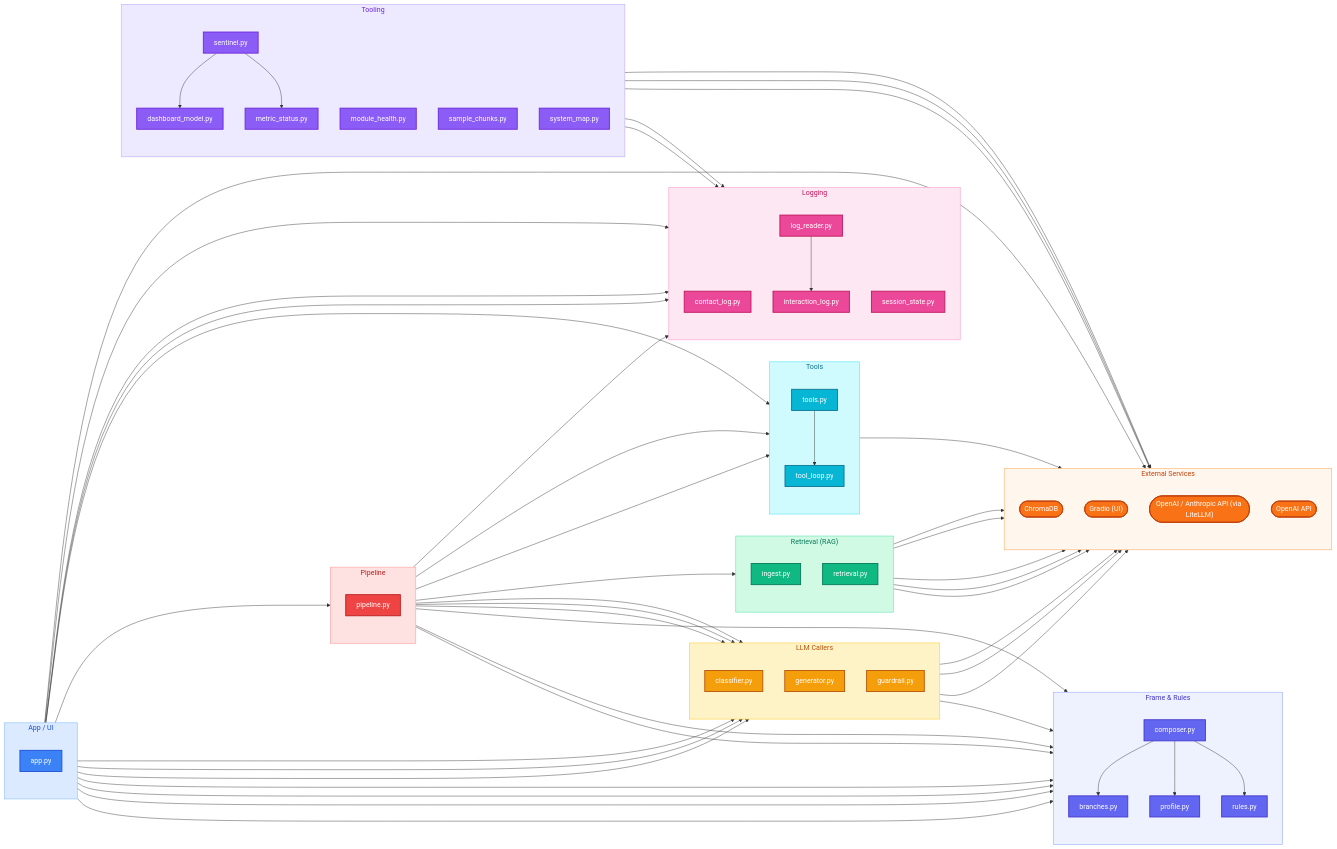
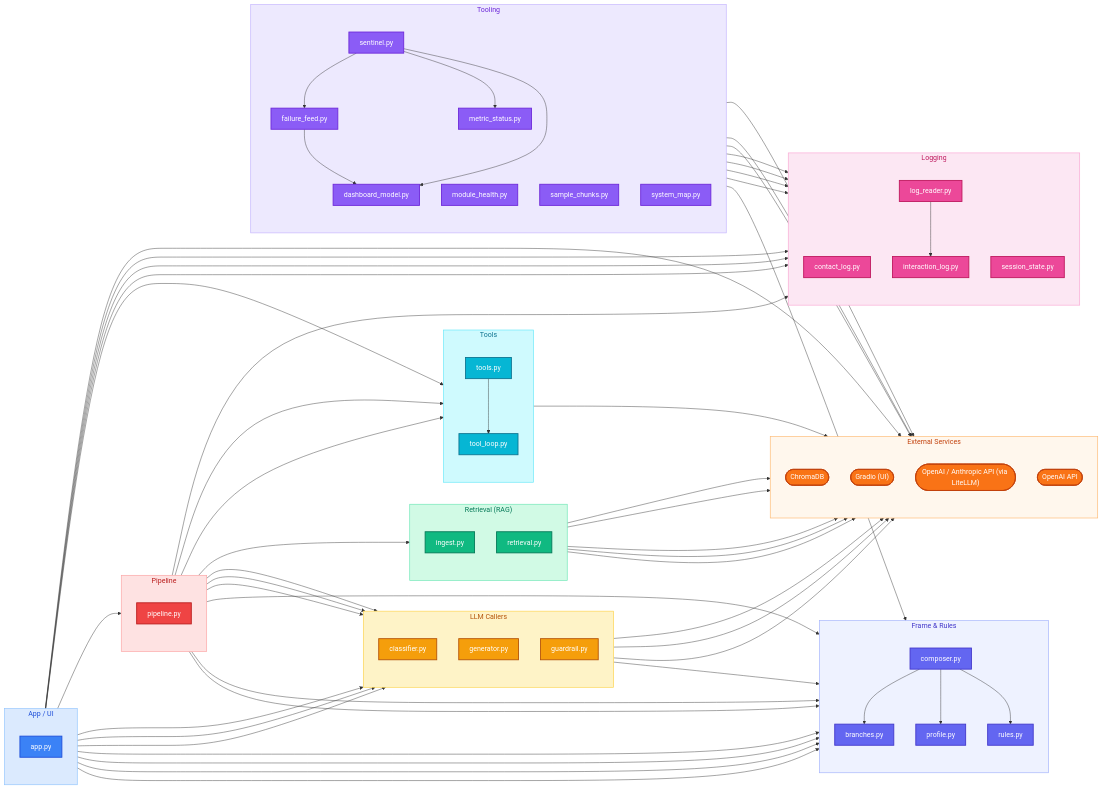
Before and after one commit to AlejandroFuentePinero/digital-twin: the second of 2 diagrams in docs/MAP.md, drawn with Mermaid. The commit also changed other lines of this file and 6 other files, not shown here.

First line of the commit message:
#31: Failure Feed — filterable + per-session view (Phase 4 slice 4/7)

```diff
--- a/docs/MAP.md
+++ b/docs/MAP.md
@@ -137,6 +137,7 @@
   subgraph sg_tooling["Tooling"]
     direction TB
     dashboard_model["dashboard_model.py"]:::tooling
+    failure_feed["failure_feed.py"]:::tooling
     metric_status["metric_status.py"]:::tooling
     module_health["module_health.py"]:::tooling
     sample_chunks["sample_chunks.py"]:::tooling
@@ -168,6 +169,8 @@
   composer --> profile
   composer --> rules
   dashboard_model --> interaction_log
+  failure_feed --> dashboard_model
+  failure_feed --> interaction_log
   guardrail --> rules
   log_reader --> interaction_log
   pipeline --> tool_loop
@@ -180,7 +183,10 @@
   pipeline --> retrieval
   pipeline --> rules
   pipeline --> tools
+  sentinel --> branches
   sentinel --> dashboard_model
+  sentinel --> failure_feed
+  sentinel --> interaction_log
   sentinel --> log_reader
   sentinel --> metric_status
   tools --> tool_loop
```
